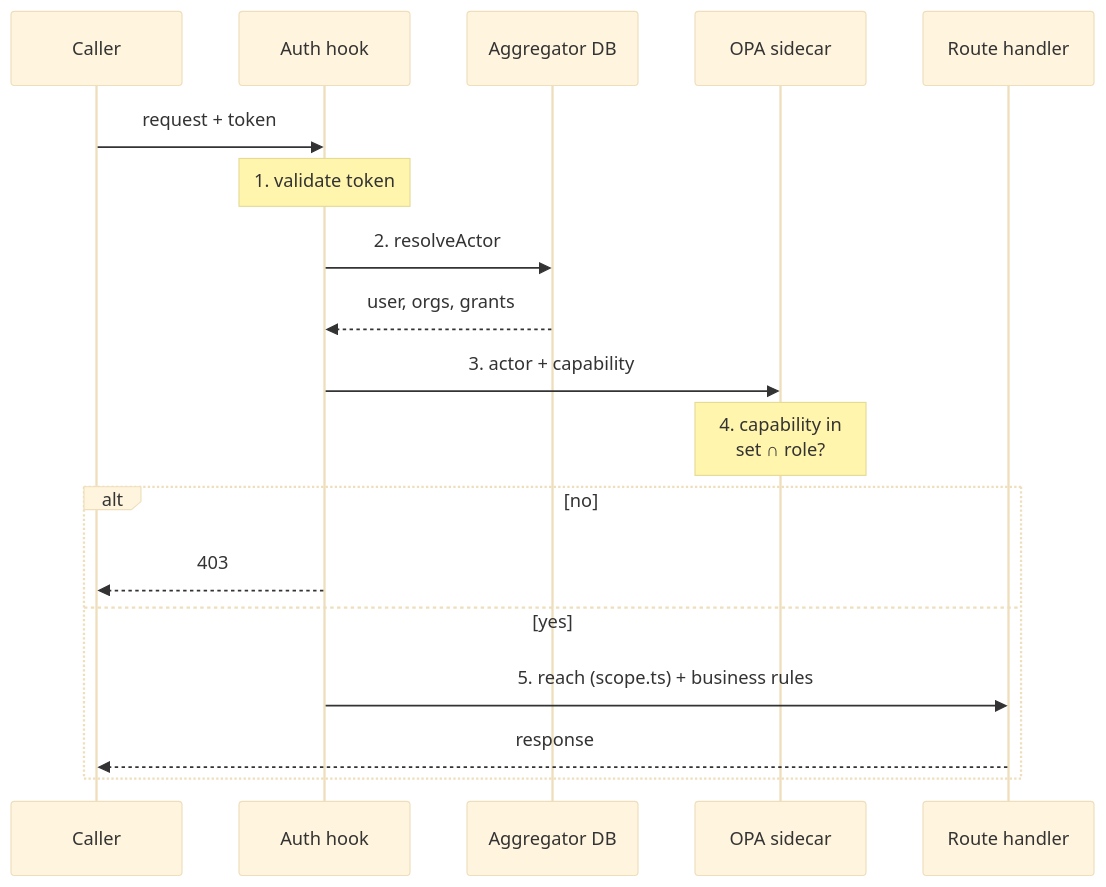
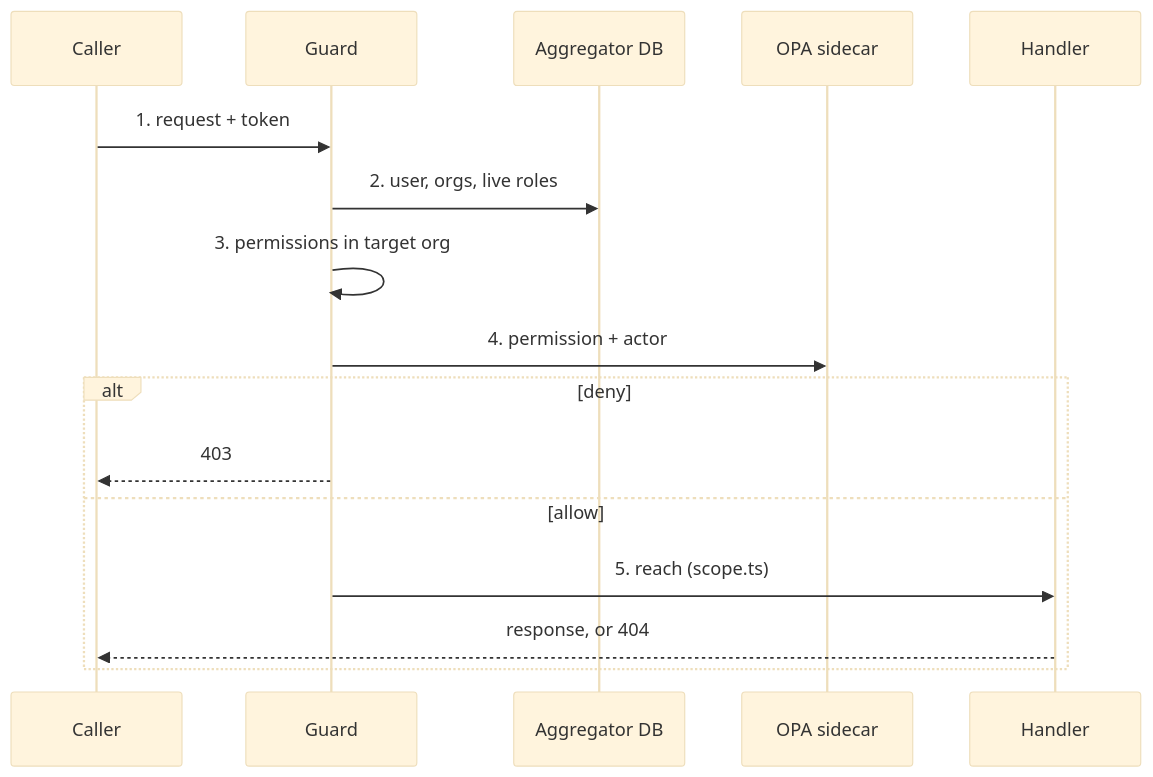
One commit to Blue-Dots-Economy/aggregator-dpg changed the third of 5 diagrams in docs/rbac/rbac-design-aggregator.md. Above: the diagram before and after it, drawn with Mermaid (base theme). The commit also changed other lines of this file and 106 other files, not shown here.

First line of the commit message:
feat(rbac): roles and permissions per organisation (R3–R6)

````diff
--- a/docs/rbac/rbac-design-aggregator.md
+++ b/docs/rbac/rbac-design-aggregator.md
@@ -139,20 +161,18 @@
 ```mermaid
 sequenceDiagram
     participant C as Caller
-    participant H as Auth hook
+    participant G as Guard
     participant D as Aggregator DB
     participant O as OPA sidecar
-    participant R as Route handler
-    C->>H: request + token
-    Note over H: 1. validate token
-    H->>D: 2. resolveActor
-    D-->>H: user, orgs, grants
-    H->>O: 3. actor + capability
-    Note over O: 4. capability in<br/>set ∩ role?
-    alt no
-        H-->>C: 403
-    else yes
-        H->>R: 5. reach (scope.ts) + business rules
-        R-->>C: response
+    participant H as Handler
+    C->>G: 1. request + token
+    G->>D: 2. user, orgs, live roles
+    G->>G: 3. permissions in target org
+    G->>O: 4. permission + actor
+    alt deny
+        G-->>C: 403
+    else allow
+        G->>H: 5. reach (scope.ts)
+        H-->>C: response, or 404
     end
 ```
````
